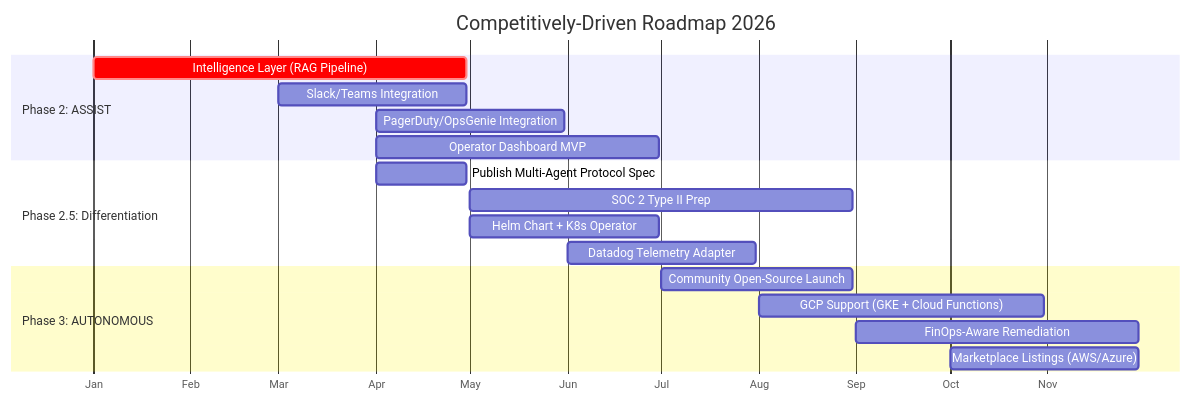
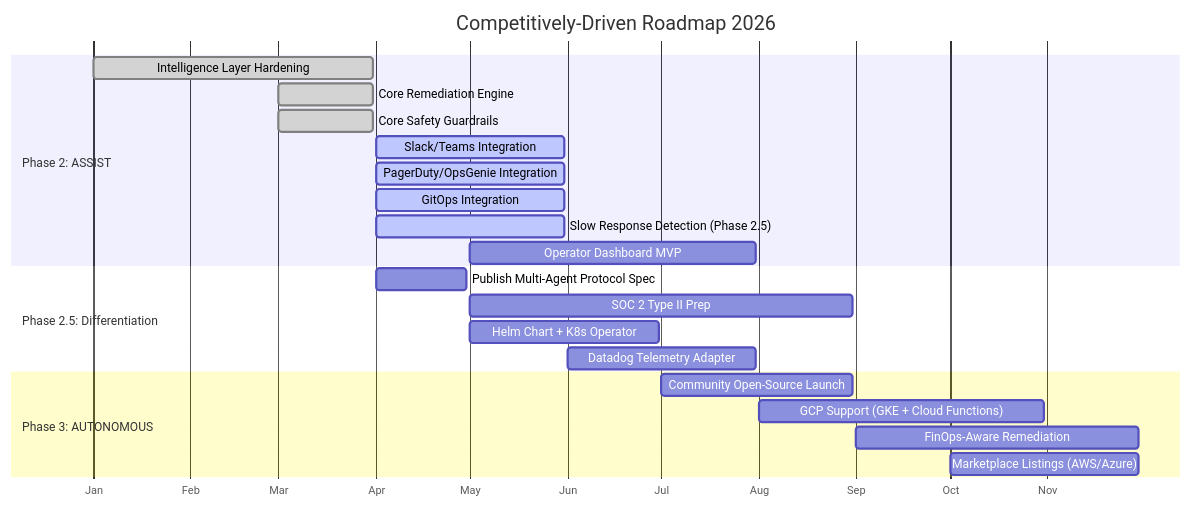
The diagram in docs/project/roadmap_competitive_driven.md (faizanhussainrabbani/autonomous-sre-agent), drawn with Mermaid before and after one commit. The commit also changed other lines of this file and 19 other files, not shown here.

````diff
--- a/docs/project/roadmap_competitive_driven.md
+++ b/docs/project/roadmap_competitive_driven.md
@@ -15,24 +15,28 @@
 ```mermaid
 gantt
     title Competitively-Driven Roadmap 2026
     dateFormat  YYYY-MM-DD
     axisFormat  %b
 
     section Phase 2: ASSIST
-    Intelligence Layer (RAG Pipeline)       :crit, p2-rag, 2026-01-01, 2026-04-30
-    Slack/Teams Integration                 :p2-slack, 2026-03-01, 2026-04-30
-    PagerDuty/OpsGenie Integration          :p2-pager, 2026-04-01, 2026-05-31
-    Operator Dashboard MVP                  :p2-dash, 2026-04-01, 2026-06-30
+    Intelligence Layer Hardening            :done, p2-rag, 2026-01-01, 2026-03-31
+    Core Remediation Engine                 :done, p2-rem, 2026-03-01, 2026-03-31
+    Core Safety Guardrails                  :done, p2-safe, 2026-03-01, 2026-03-31
+    Slack/Teams Integration                 :active, p2-slack, 2026-04-01, 2026-05-31
+    PagerDuty/OpsGenie Integration          :active, p2-pager, 2026-04-01, 2026-05-31
+    GitOps Integration                      :active, p2-gitops, 2026-04-01, 2026-05-31
+    Slow Response Detection (Phase 2.5)     :active, p2-slow, 2026-04-01, 2026-05-31
+    Operator Dashboard MVP                  :p2-dash, 2026-05-01, 2026-07-31
 
     section Phase 2.5: Differentiation
     Publish Multi-Agent Protocol Spec       :p25-agents, 2026-04-01, 2026-04-30
     SOC 2 Type II Prep                      :p25-soc2, 2026-05-01, 2026-08-31
     Helm Chart + K8s Operator               :p25-helm, 2026-05-01, 2026-06-30
     Datadog Telemetry Adapter               :p25-dd, 2026-06-01, 2026-07-31
 
     section Phase 3: AUTONOMOUS
     Community Open-Source Launch             :p3-oss, 2026-07-01, 2026-08-31
     GCP Support (GKE + Cloud Functions)     :p3-gcp, 2026-08-01, 2026-10-31
     FinOps-Aware Remediation                :p3-finops, 2026-09-01, 2026-11-30
     Marketplace Listings (AWS/Azure)        :p3-market, 2026-10-01, 2026-11-30
 ```
````
